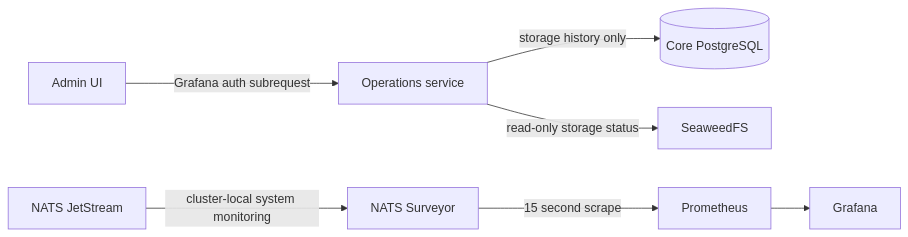
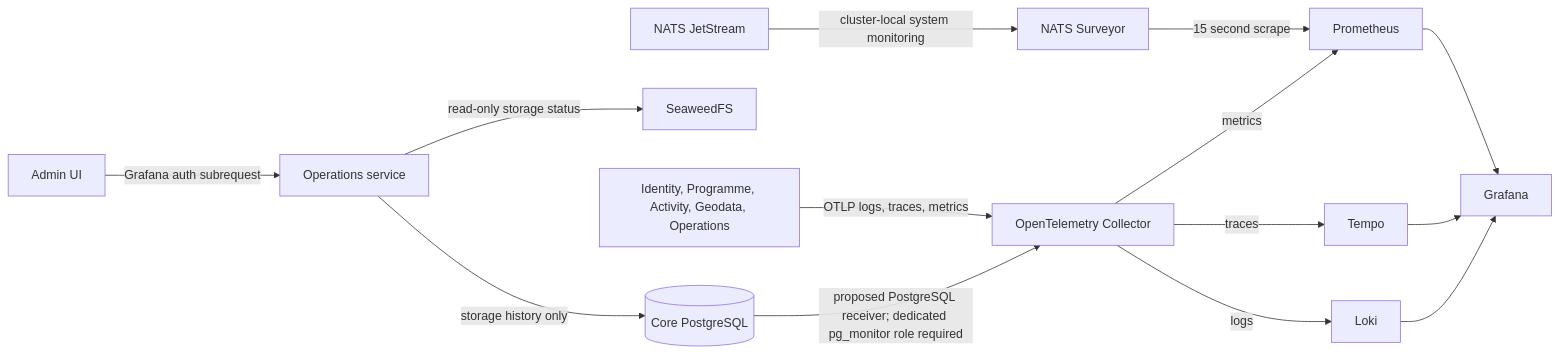
Before and after one commit to myota-platform/myota-docs: the diagram in docs/architecture/diagrams/observability-architecture.md, drawn with Mermaid. The commit also changed other lines of this file, not shown here.

Commit message:
docs(observability): update observability-architecture.md status

````diff
--- a/docs/architecture/diagrams/observability-architecture.md
+++ b/docs/architecture/diagrams/observability-architecture.md
@@ -3,17 +3,28 @@
 ```mermaid
 flowchart LR
   UI[Admin UI]
   Ops[Operations service]
   DB[(Core PostgreSQL)]
   SW[SeaweedFS]
   NATS[NATS JetStream]
   Surveyor[NATS Surveyor]
   Prom[Prometheus]
+  Tempo[Tempo]
+  Loki[Loki]
+  Collector[OpenTelemetry Collector]
+  Services[Identity, Programme, Activity, Geodata, Operations]
   Grafana[Grafana]
   UI -->|Grafana auth subrequest| Ops
   Ops -->|read-only storage status| SW
   Ops -->|storage history only| DB
   NATS -->|cluster-local system monitoring| Surveyor
   Surveyor -->|15 second scrape| Prom
+  Services -->|OTLP logs, traces, metrics| Collector
+  Collector -->|metrics| Prom
+  Collector -->|traces| Tempo
+  Collector -->|logs| Loki
   Prom --> Grafana
+  Tempo --> Grafana
+  Loki --> Grafana
+  DB -->|proposed PostgreSQL receiver; dedicated pg_monitor role required| Collector
 ```
````
